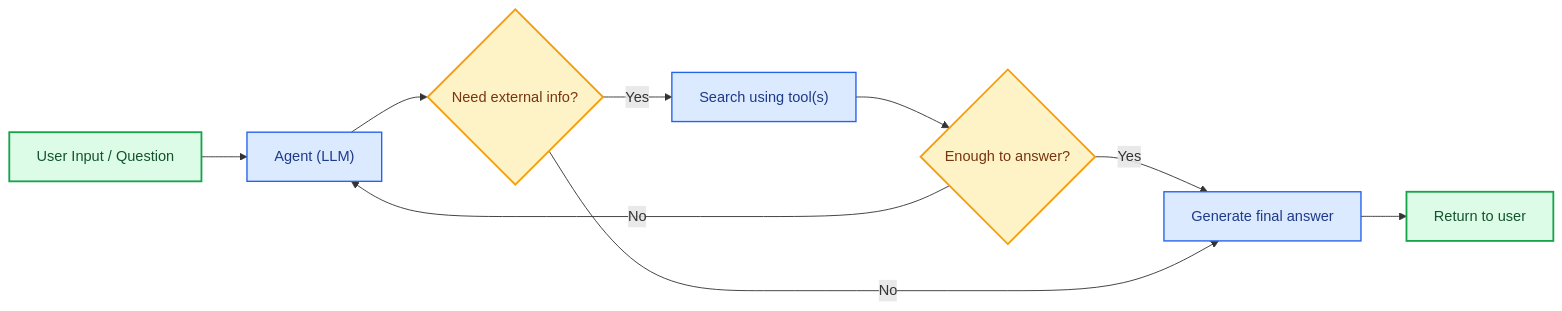
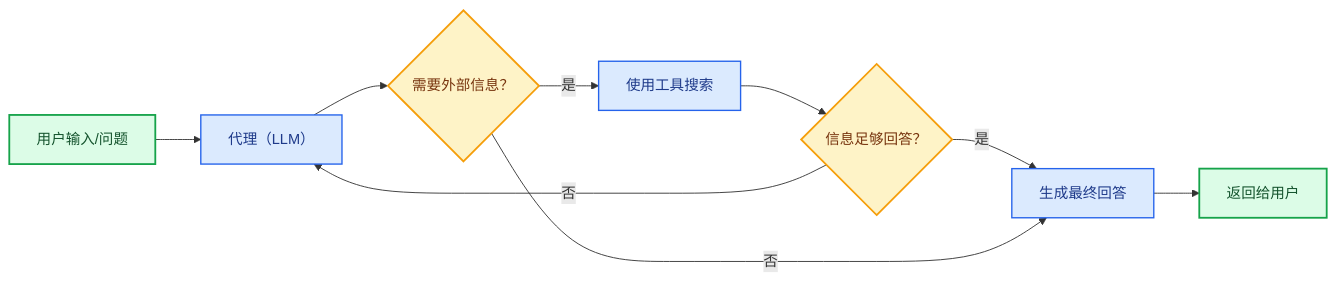
Before and after one commit to kunfan96/cndocs-langchain: the third of 4 diagrams in oss/python/langchain/retrieval.mdx, drawn with Mermaid. The commit also changed other lines of this file and 1450 other files, not shown here.

````diff
--- a/oss/python/langchain/retrieval.mdx
+++ b/oss/python/langchain/retrieval.mdx
@@ -168,20 +168,20 @@
 ```mermaid
 graph LR
-    A[User Input / Question] --> B["Agent (LLM)"]
-    B --> C{Need external info?}
-    C -- Yes --> D["Search using tool(s)"]
-    D --> H{Enough to answer?}
-    H -- No --> B
-    H -- Yes --> I[Generate final answer]
-    C -- No --> I
-    I --> J[Return to user]
+    A[用户输入/问题] --> B["代理（LLM）"]
+    B --> C{需要外部信息？}
+    C -- 是 --> D["使用工具搜索"]
+    D --> H{信息足够回答？}
+    H -- 否 --> B
+    H -- 是 --> I[生成最终回答]
+    C -- 否 --> I
+    I --> J[返回给用户]
 
     %% Dark-mode friendly styling
     classDef startend fill:#DCFCE7,stroke:#16A34A,stroke-width:2px,color:#14532D
     classDef decision fill:#FEF3C7,stroke:#F59E0B,stroke-width:2px,color:#78350F
     classDef process fill:#DBEAFE,stroke:#2563EB,stroke-width:1.5px,color:#1E3A8A
 
     class A,J startend
     class B,D,I process
     class C,H decision
 ```
````
